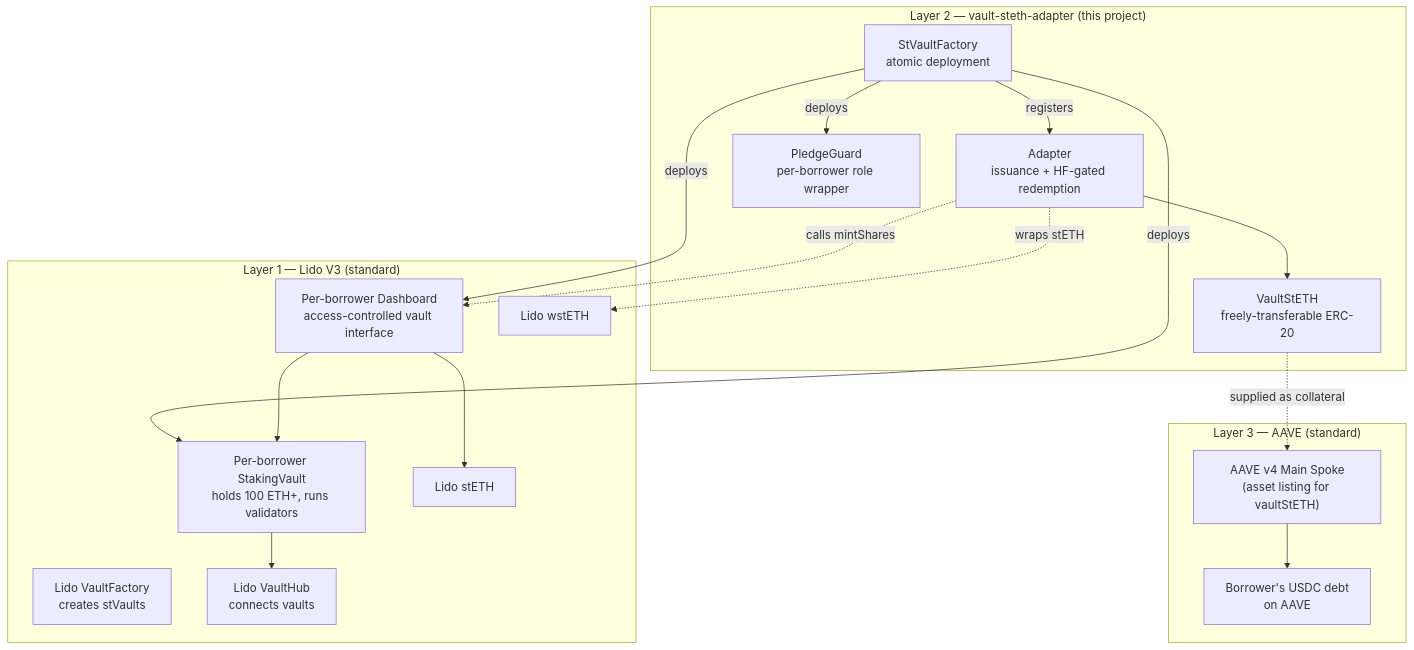
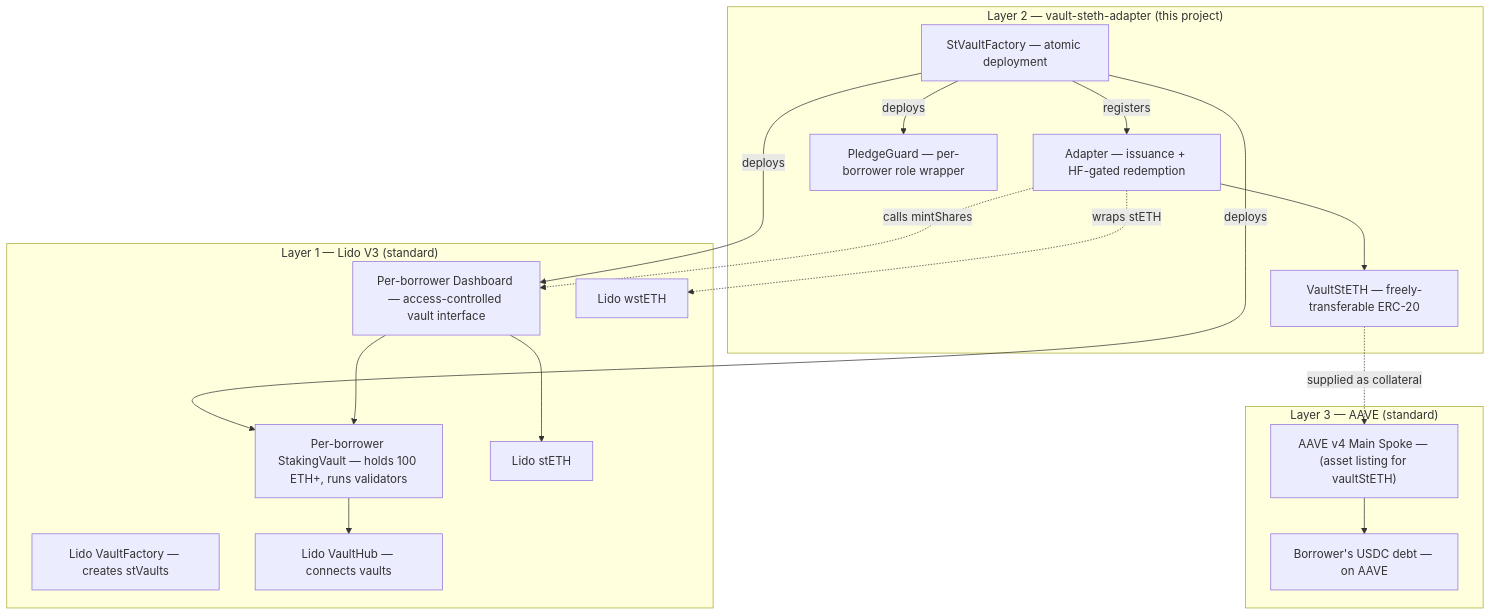
Before and after one commit to sanbir/vault-steth-adapter: the second of 24 diagrams in docs/Architecture.md, drawn with Mermaid. The commit also changed other lines of this file and 1 other file, not shown here.

First line of the commit message:
docs: fix Mermaid <br/> rendering errors in Architecture.md and Liquidation-guarantees.md

````diff
--- a/docs/Architecture.md
+++ b/docs/Architecture.md
@@ -71,39 +71,39 @@
 ```mermaid
 flowchart TB
     subgraph Layer3["Layer 3 — AAVE (standard)"]
-        Spoke["AAVE v4 Main Spoke<br/>(asset listing for vaultStETH)"]
-        UserDebt["Borrower's USDC debt<br/>on AAVE"]
+        Spoke["AAVE v4 Main Spoke — (asset listing for vaultStETH)"]
+        UserDebt["Borrower's USDC debt — on AAVE"]
     end
 
     subgraph Layer2["Layer 2 — vault-steth-adapter (this project)"]
-        VaultStETH["VaultStETH<br/>freely-transferable ERC-20"]
-        Adapter["Adapter<br/>issuance + HF-gated redemption"]
-        PledgeGuard["PledgeGuard<br/>per-borrower role wrapper"]
-        Factory["StVaultFactory<br/>atomic deployment"]
+        VaultStETH["VaultStETH — freely-transferable ERC-20"]
+        Adapter["Adapter — issuance + HF-gated redemption"]
+        PledgeGuard["PledgeGuard — per-borrower role wrapper"]
+        Factory["StVaultFactory — atomic deployment"]
     end
 
     subgraph Layer1["Layer 1 — Lido V3 (standard)"]
-        LidoFactory["Lido VaultFactory<br/>creates stVaults"]
-        VaultHub["Lido VaultHub<br/>connects vaults"]
-        Dashboard["Per-borrower Dashboard<br/>access-controlled vault interface"]
-        StakingVault["Per-borrower StakingVault<br/>holds 100 ETH+, runs validators"]
+        LidoFactory["Lido VaultFactory — creates stVaults"]
+        VaultHub["Lido VaultHub — connects vaults"]
+        Dashboard["Per-borrower Dashboard — access-controlled vault interface"]
+        StakingVault["Per-borrower StakingVault — holds 100 ETH+, runs validators"]
         StETH["Lido stETH"]
         WstETH["Lido wstETH"]
     end
 
     Factory -->|deploys| Dashboard
     Factory -->|deploys| StakingVault
     Factory -->|deploys| PledgeGuard
     Factory -->|registers| Adapter
 
     Adapter --> VaultStETH
     Adapter -.calls mintShares.-> Dashboard
     Adapter -.wraps stETH.-> WstETH
 
     Dashboard --> StakingVault
     Dashboard --> StETH
     StakingVault --> VaultHub
 
     VaultStETH -.supplied as collateral.-> Spoke
     Spoke --> UserDebt
 ```
````
